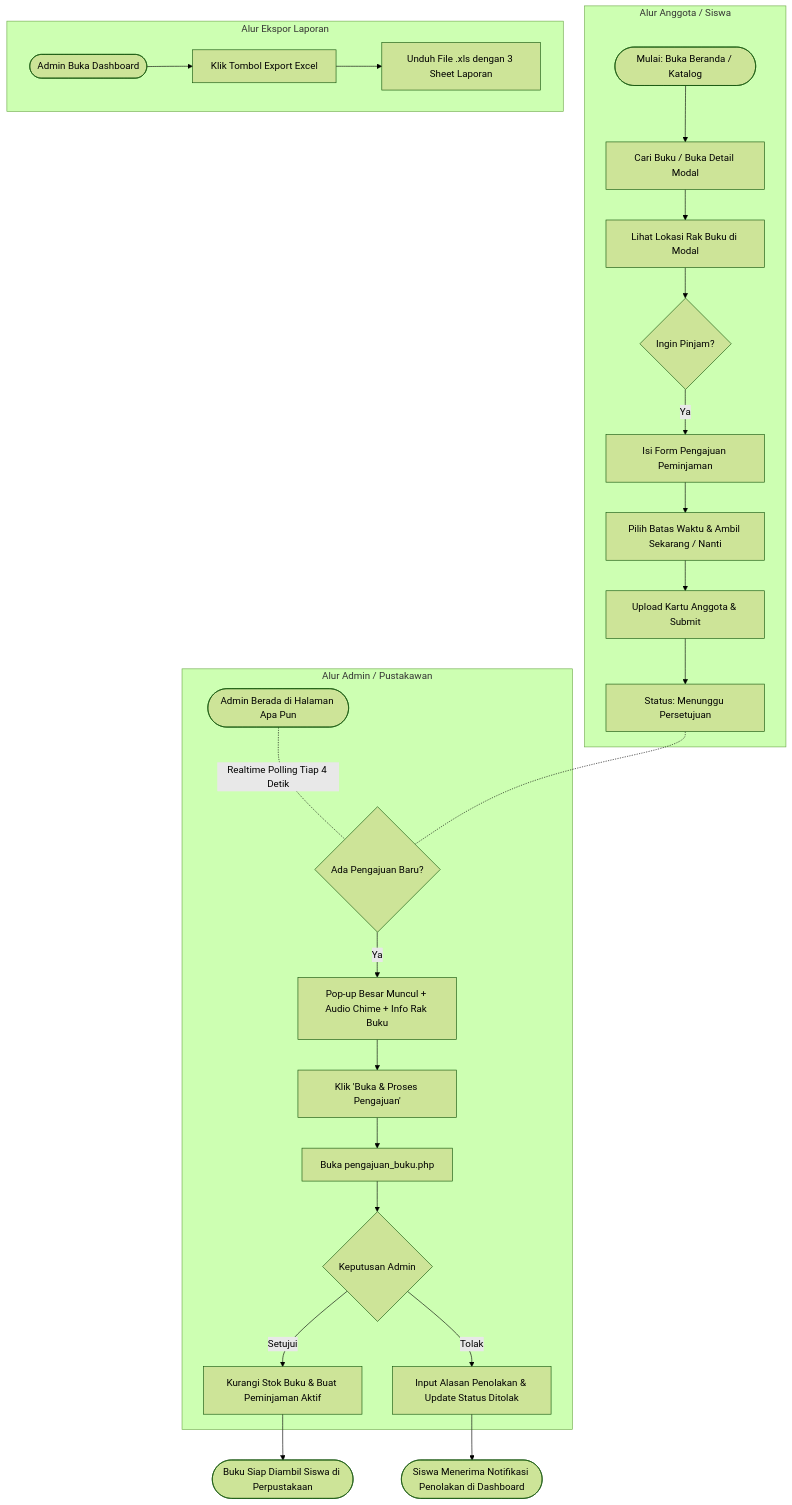
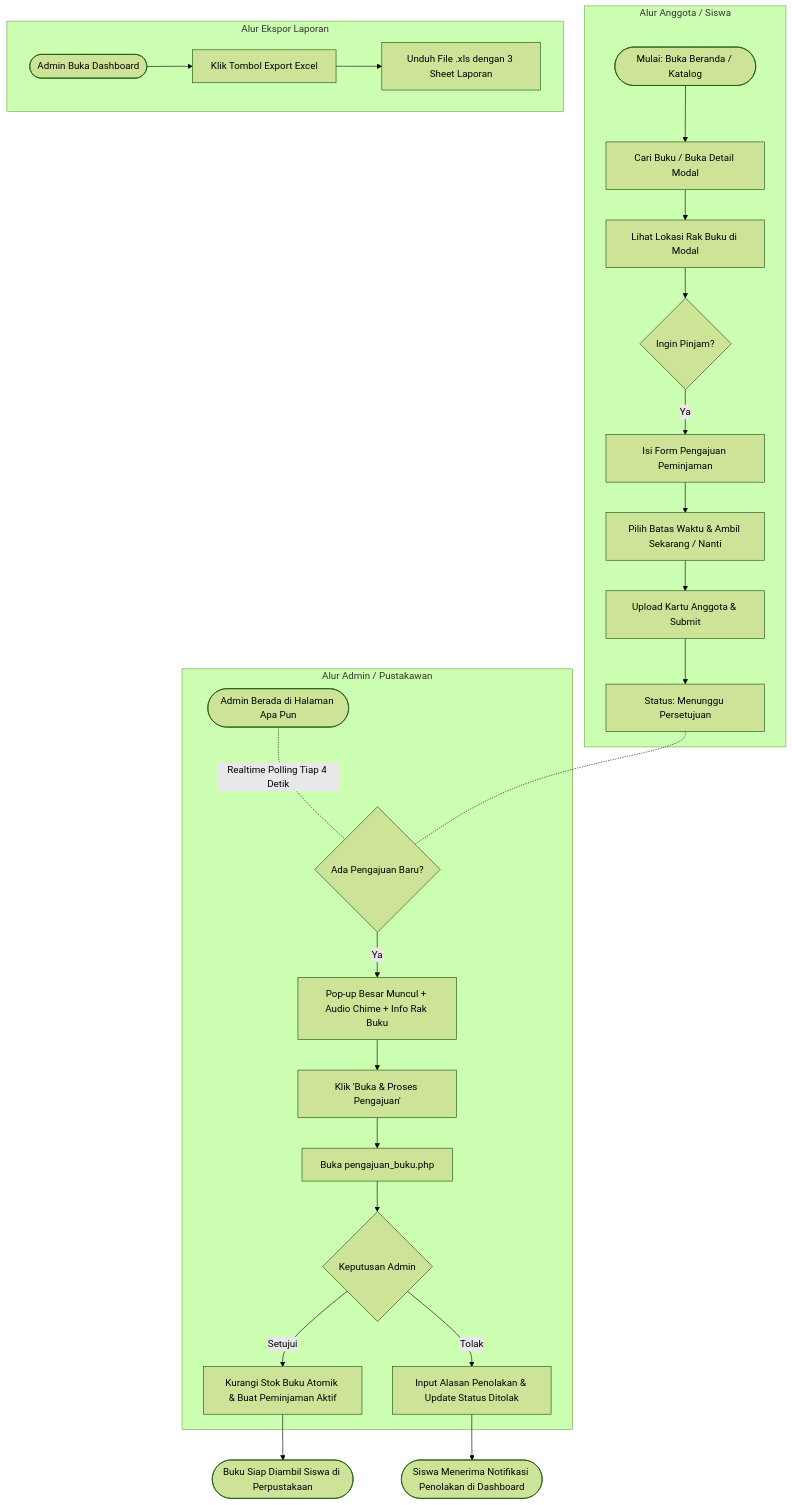
One commit to syahrulallabimansyah-ui/ujikom changed the second of 2 diagrams in docs/PRD_Aksa_Nova.md. Above: the diagram before and after it, drawn with Mermaid (forest theme). The commit also changed other lines of this file and 134 other files, not shown here.

````diff
--- a/docs/PRD_Aksa_Nova.md
+++ b/docs/PRD_Aksa_Nova.md
@@ -110,31 +154,31 @@
 ```mermaid
 flowchart TD
     subgraph Anggota_Flow["Alur Anggota / Siswa"]
         A1([Mulai: Buka Beranda / Katalog]) --> A2[Cari Buku / Buka Detail Modal]
         A2 --> A2b[Lihat Lokasi Rak Buku di Modal]
         A2b --> A3{Ingin Pinjam?}
         A3 -- Ya --> A4[Isi Form Pengajuan Peminjaman]
         A4 --> A5[Pilih Batas Waktu & Ambil Sekarang / Nanti]
         A5 --> A6[Upload Kartu Anggota & Submit]
         A6 --> A7[Status: Menunggu Persetujuan]
     end
 
     subgraph Admin_Flow["Alur Admin / Pustakawan"]
         B1([Admin Berada di Halaman Apa Pun]) -.-|Realtime Polling Tiap 4 Detik| B2{Ada Pengajuan Baru?}
         B2 -- Ya --> B3[Pop-up Besar Muncul + Audio Chime + Info Rak Buku]
         B3 --> B4[Klik 'Buka & Proses Pengajuan']
         B4 --> B5[Buka pengajuan_buku.php]
         B5 --> B6{Keputusan Admin}
-        B6 -- Setujui --> B7[Kurangi Stok Buku & Buat Peminjaman Aktif]
+        B6 -- Setujui --> B7[Kurangi Stok Buku Atomik & Buat Peminjaman Aktif]
         B6 -- Tolak --> B8[Input Alasan Penolakan & Update Status Ditolak]
     end
 
     subgraph Laporan_Flow["Alur Ekspor Laporan"]
         C1([Admin Buka Dashboard]) --> C2[Klik Tombol Export Excel]
         C2 --> C3[Unduh File .xls dengan 3 Sheet Laporan]
     end
 
     A7 -.- B2
     B7 --> D1([Buku Siap Diambil Siswa di Perpustakaan])
     B8 --> D2([Siswa Menerima Notifikasi Penolakan di Dashboard])
 ```
````
